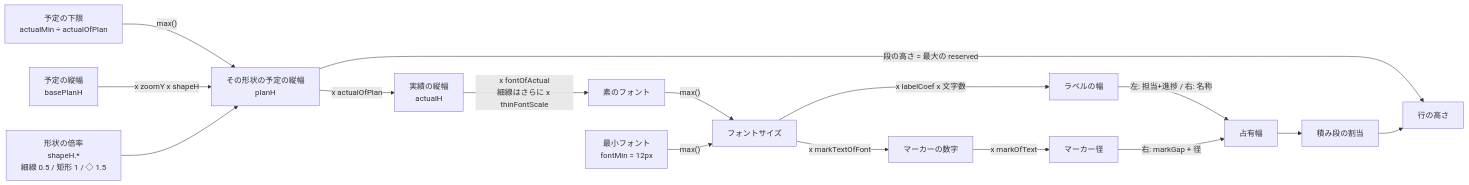
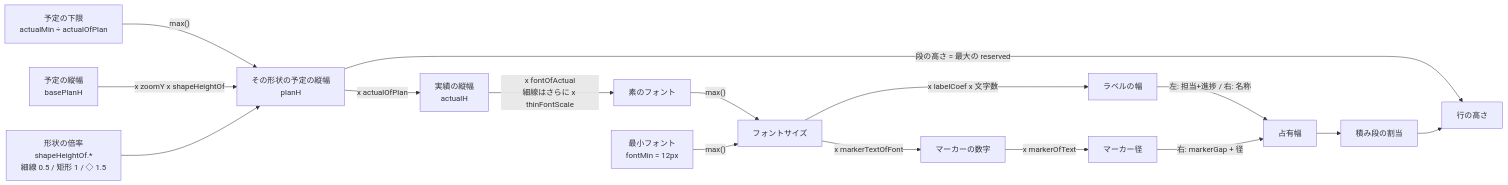
The first of 3 diagrams in handover/03-ui-naming/handover-ui-detail-spec-ja.md (GoodRelax/gr-scheduler), drawn with Mermaid before and after one commit. The commit also changed other lines of this file and 22 other files, not shown here.

````diff
--- a/handover/03-ui-naming/handover-ui-detail-spec-ja.md
+++ b/handover/03-ui-naming/handover-ui-detail-spec-ja.md
@@ -580,33 +580,33 @@
 ```mermaid
 graph LR
     basePlanH["予定の縦幅<br/>basePlanH"]
-    shapeH["形状の倍率<br/>shapeH.*<br/>細線 0.5 / 矩形 1 / ◇ 1.5"]
+    shapeHeightOf["形状の倍率<br/>shapeHeightOf.*<br/>細線 0.5 / 矩形 1 / ◇ 1.5"]
     planH["その形状の予定の縦幅<br/>planH"]
     actualH["実績の縦幅<br/>actualH"]
     fontRaw["素のフォント"]
     fontMin["最小フォント<br/>fontMin = 12px"]
     fontSize["フォントサイズ"]
     markText["マーカーの数字"]
-    markSize["マーカー径"]
+    markerSize["マーカー径"]
     labelW["ラベルの幅"]
     occW["占有幅"]
-    lanes["積み段の割当"]
+    stackCount["積み段の割当"]
     rowH["行の高さ"]
 
     planFloor["予定の下限<br/>actualMin ÷ actualOfPlan"]
     planFloor -- "max()" --> planH
-    basePlanH -- "x zoomY x shapeH" --> planH
-    shapeH --> planH
+    basePlanH -- "x zoomY x shapeHeightOf" --> planH
+    shapeHeightOf --> planH
     planH -- "x actualOfPlan" --> actualH
     actualH -- "x fontOfActual<br/>細線はさらに x thinFontScale" --> fontRaw
     fontRaw -- "max()" --> fontSize
     fontMin -- "max()" --> fontSize
-    fontSize -- "x markTextOfFont" --> markText
-    markText -- "x markOfText" --> markSize
+    fontSize -- "x markerTextOfFont" --> markText
+    markText -- "x markerOfText" --> markerSize
     fontSize -- "x labelCoef x 文字数" --> labelW
     labelW -- "左: 担当+進捗 / 右: 名称" --> occW
-    markSize -- "右: markGap + 径" --> occW
-    occW --> lanes
+    markerSize -- "右: markerGap + 径" --> occW
+    occW --> stackCount
     planH -- "段の高さ = 最大の reserved" --> rowH
-    lanes --> rowH
+    stackCount --> rowH
 ```
````
